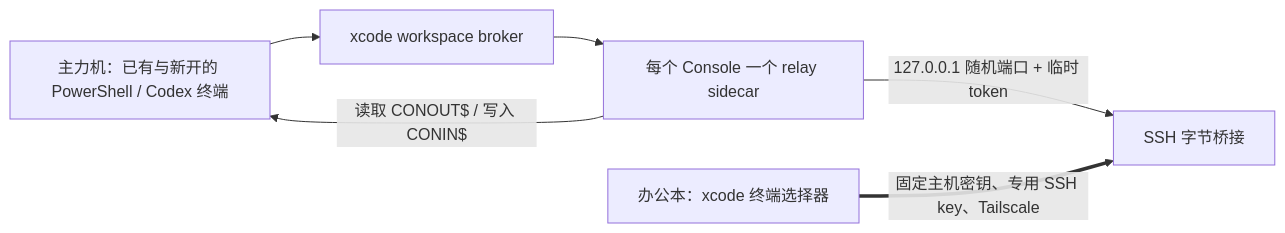
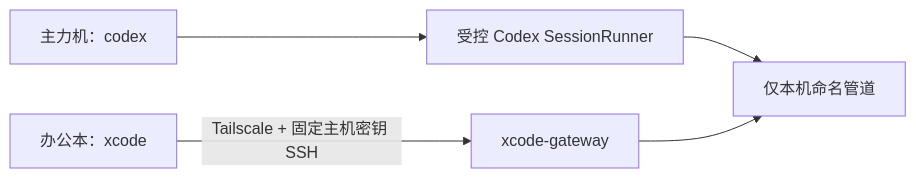
The diagram in README.md (hanhan761/xcode), drawn with Mermaid before and after one commit. The commit also changed other lines of this file and 26 other files, not shown here.

````diff
--- a/README.md
+++ b/README.md
@@ -7,8 +5,7 @@
 ```mermaid
 flowchart LR
-    A[主力机：已有与新开的 PowerShell / Codex 终端] --> B[xcode workspace broker]
-    B --> C[每个 Console 一个 relay sidecar]
-    C -->|读取 CONOUT$ / 写入 CONIN$| A
-    C -->|127.0.0.1 随机端口 + 临时 token| D[SSH 字节桥接]
-    E[办公本：xcode 终端选择器] ==>|固定主机密钥、专用 SSH key、Tailscale| D
+  A[主力机：codex] --> B[受控 Codex SessionRunner]
+  B --> C[仅本机命名管道]
+  D[办公本：xcode] -->|Tailscale + 固定主机密钥 SSH| E[xcode-gateway]
+  E --> C
 ```
````
